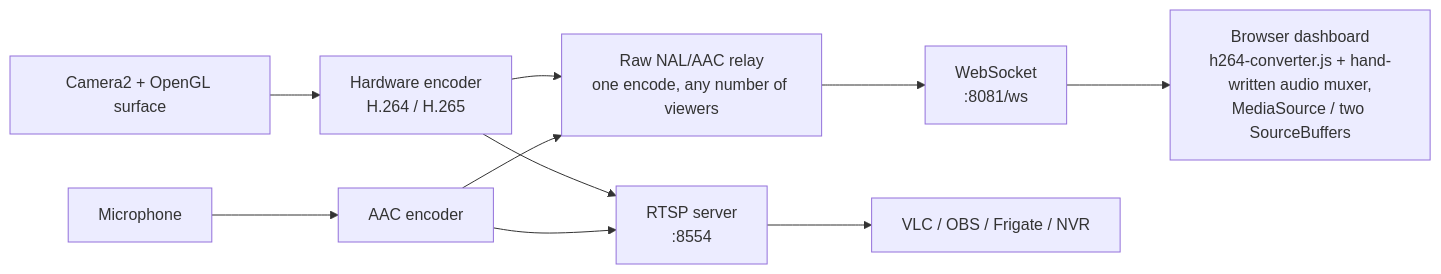
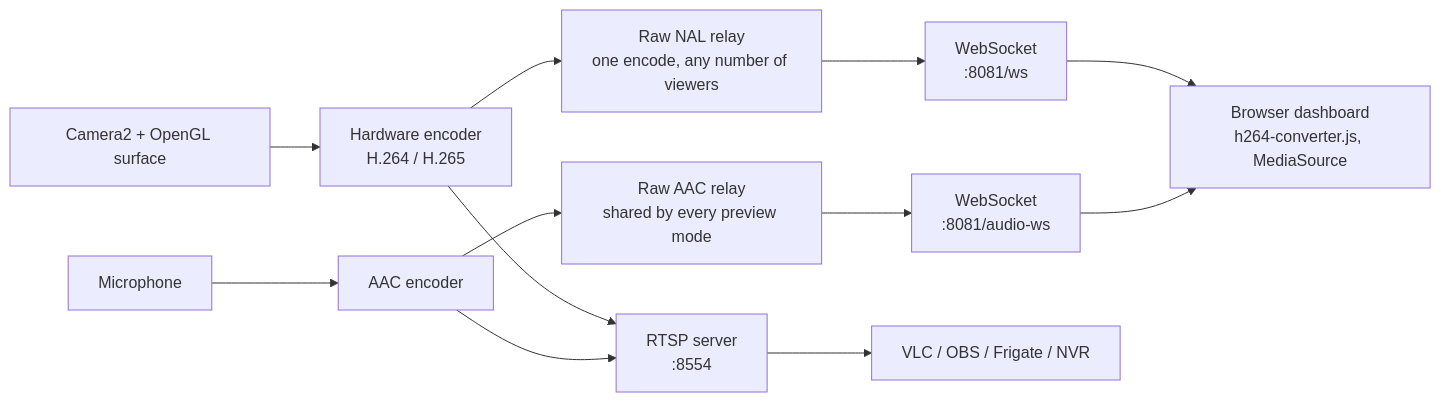
One commit to fecloud/RTSP-CCTV-App changed the diagram in README.md. Above: the diagram before and after it, drawn with Mermaid. The commit also changed other lines of this file and 16 other files, not shown here.

````diff
--- a/README.md
+++ b/README.md
@@ -79,14 +79,16 @@
 ```mermaid
 flowchart LR
     CAM[Camera2 + OpenGL surface] --> ENC[Hardware encoder<br/>H.264 / H.265]
     MIC[Microphone] --> AENC[AAC encoder]
     ENC --> RTSP[RTSP server<br/>:8554]
     AENC --> RTSP
-    ENC --> RELAY[Raw NAL/AAC relay<br/>one encode, any number of viewers]
-    AENC --> RELAY
+    ENC --> RELAY[Raw NAL relay<br/>one encode, any number of viewers]
+    AENC --> ARELAY[Raw AAC relay<br/>shared by every preview mode]
 
     RELAY --> WS[WebSocket<br/>:8081/ws]
+    ARELAY --> AWS[WebSocket<br/>:8081/audio-ws]
 
     RTSP --> NVR[VLC / OBS / Frigate / NVR]
-    WS --> BROWSER[Browser dashboard<br/>h264-converter.js + hand-written audio muxer,<br/>MediaSource / two SourceBuffers]
+    WS --> BROWSER[Browser dashboard<br/>h264-converter.js, MediaSource]
+    AWS --> BROWSER
 ```
````
